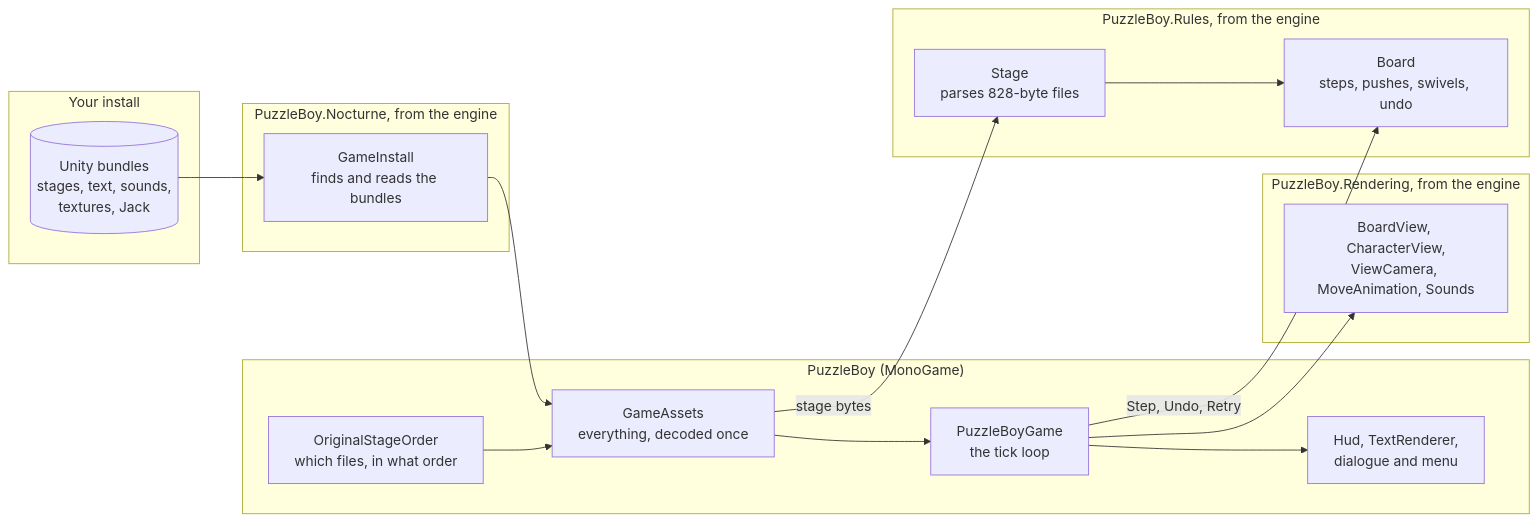
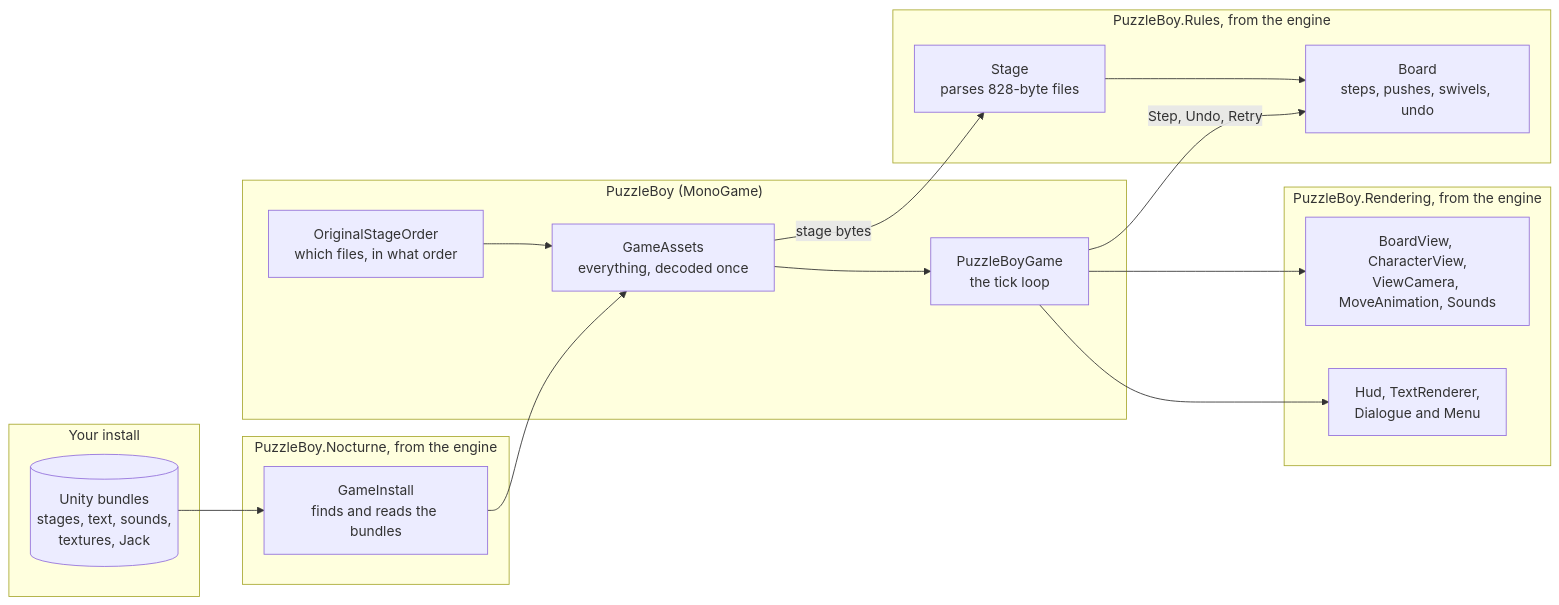
Before and after one commit to hazeliscoding/puzzle-boy: the first of 2 diagrams in docs/architecture.md, drawn with Mermaid. The commit also changed other lines of this file and 3 other files, not shown here.

````diff
--- a/docs/architecture.md
+++ b/docs/architecture.md
@@ -10,25 +10,26 @@
 ```mermaid
 flowchart LR
     subgraph install["Your install"]
         bundles[("Unity bundles<br>stages, text, sounds,<br>textures, Jack")]
     end
     subgraph app["PuzzleBoy (MonoGame)"]
         order["OriginalStageOrder<br>which files, in what order"] --> ga
         ga["GameAssets<br>everything, decoded once"] --> loop["PuzzleBoyGame<br>the tick loop"]
-        loop --> hud["Hud, TextRenderer,<br>dialogue and menu"]
     end
     subgraph nocturne["PuzzleBoy.Nocturne, from the engine"]
         gi["GameInstall<br>finds and reads the bundles"]
     end
     subgraph rendering["PuzzleBoy.Rendering, from the engine"]
         views["BoardView, CharacterView,<br>ViewCamera, MoveAnimation, Sounds"]
+        hud["Hud, TextRenderer,<br>Dialogue and Menu"]
     end
     subgraph rules["PuzzleBoy.Rules, from the engine"]
         stage["Stage<br>parses 828-byte files"] --> board["Board<br>steps, pushes, swivels, undo"]
     end
     gi --> ga
     loop --> views
+    loop --> hud
     bundles --> gi
     ga -- "stage bytes" --> stage
     loop -- "Step, Undo, Retry" --> board
 ```
````
